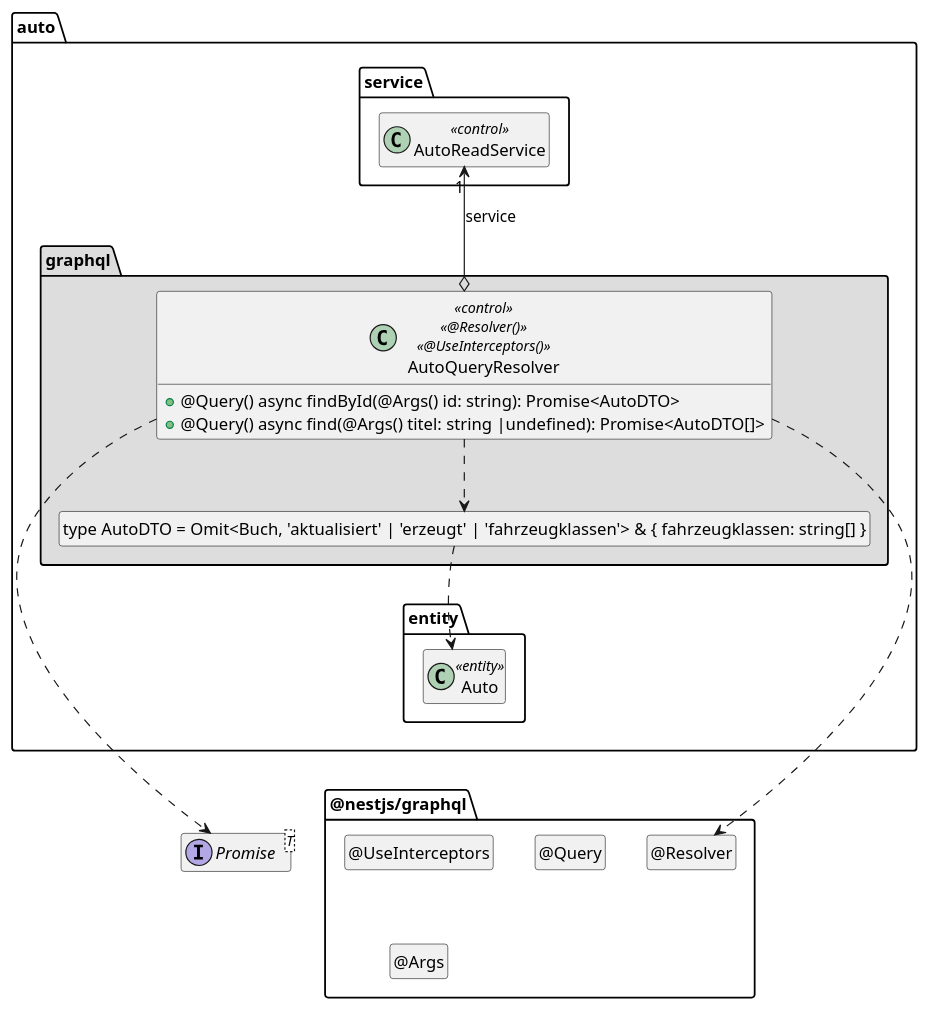
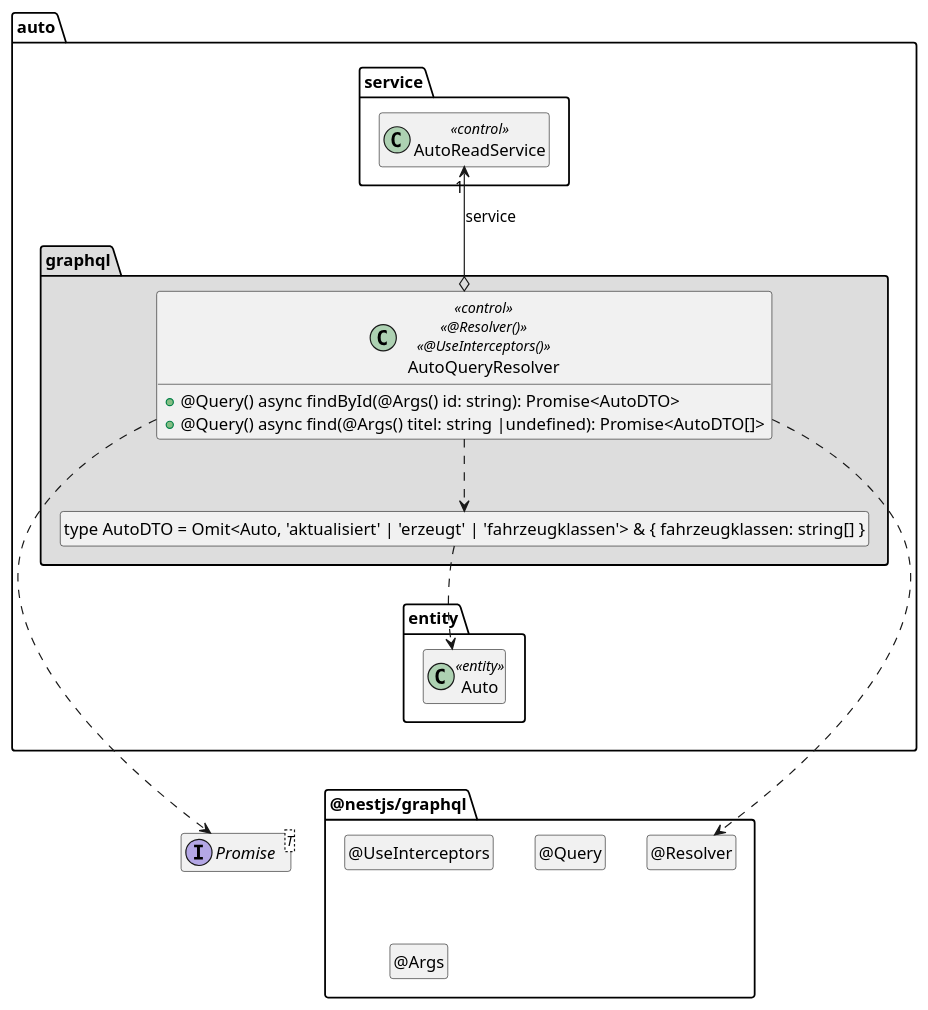
Before and after one commit to lelu1022-hka/auto: the diagram in extras/doc/entwicklerhandbuch/AutoQueryResolver.plantuml, drawn with PlantUML. The commit also changed 18 other files, not shown here.

```diff
--- a/extras/doc/entwicklerhandbuch/AutoQueryResolver.plantuml
+++ b/extras/doc/entwicklerhandbuch/AutoQueryResolver.plantuml
@@ -3,56 +3,56 @@
 @startuml Controller-Klasse
 
 interface Promise<T>
 
 package @nestjs/graphql {
   class "@Resolver" as Resolver
   hide Resolver circle
 
   class "@UseInterceptors" as UseInterceptors
   hide UseInterceptors circle
 
   class "@Query" as Query
   hide Query circle
 
   class "@Args" as Args
   hide Args circle
 
   Resolver .left[hidden].> Promise
 }
 
 package auto {
   package entity {
     class Auto <<entity>>
   }
 
   package service {
     class AutoReadService << control >>
   }
 
   package graphql #DDDDDD {
-    class "type AutoDTO = Omit<Buch, 'aktualisiert' | 'erzeugt' | 'fahrzeugklassen'> & { fahrzeugklassen: string[] }" as AutoDTO
+    class "type AutoDTO = Omit<Auto, 'aktualisiert' | 'erzeugt' | 'fahrzeugklassen'> & { fahrzeugklassen: string[] }" as AutoDTO
     hide AutoDTO circle
 
     class AutoQueryResolver << control >> << @Resolver() >> << @UseInterceptors() >> {
       + @Query() async findById(@Args() id: string): Promise<AutoDTO>
       + @Query() async find(@Args() titel: string |undefined): Promise<AutoDTO[]>
     }
 
     AutoQueryResolver o-up-> "1" AutoReadService : service
     AutoQueryResolver ..> AutoDTO
     AutoDTO ..> Auto
     AutoQueryResolver ..> Resolver
 
     AutoQueryResolver ..> Promise
 
     AutoDTO .[hidden].> Auto
     Auto .[hidden].> Promise
     AutoReadService .[hidden].> Promise
     Auto .[hidden].> Resolver
     AutoReadService .[hidden].> Resolver
   }
 }
 
 hide empty members
 
 @enduml
```
